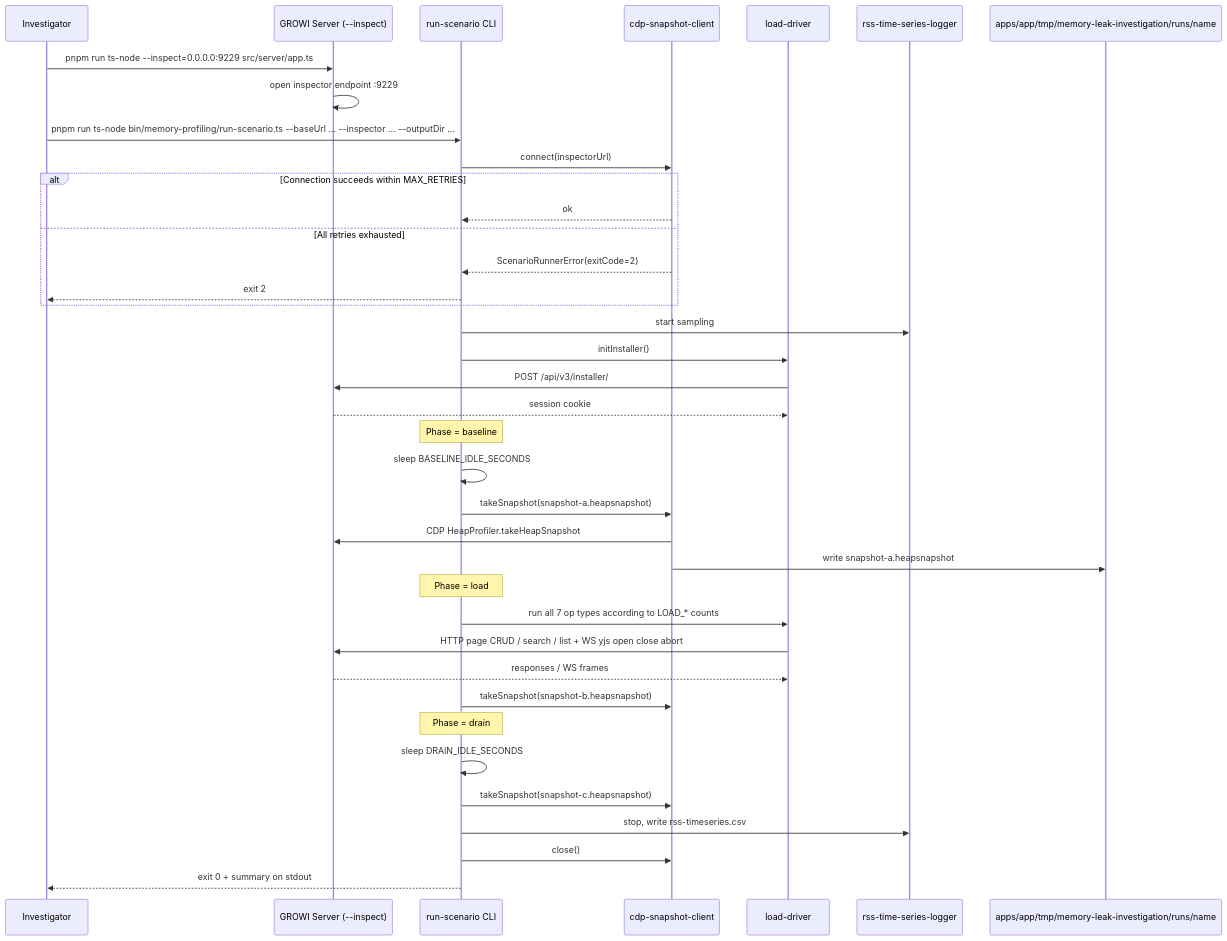
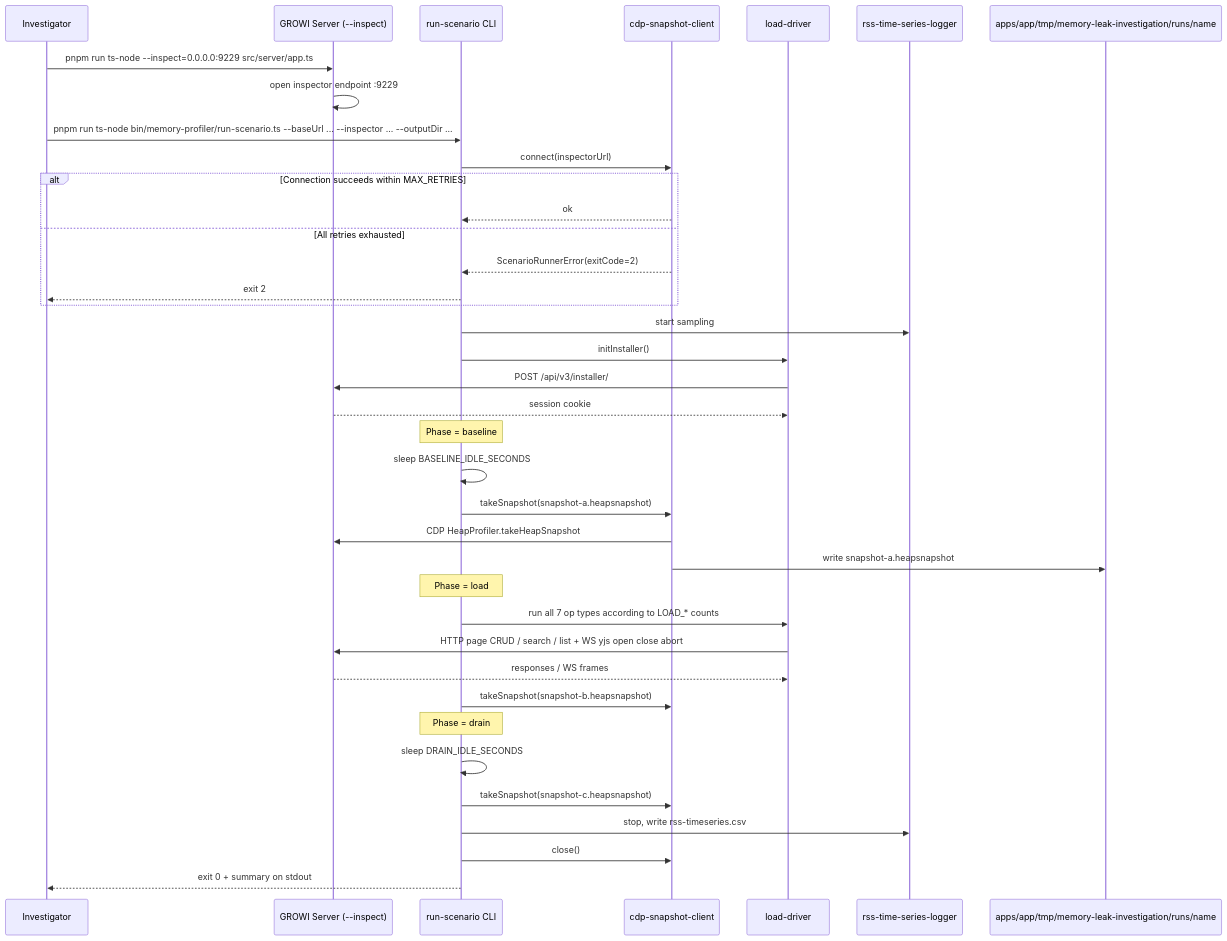
One commit to growilabs/growi changed the second of 2 diagrams in .kiro/specs/memory-profiler/design.md. Above: the diagram before and after it, drawn with Mermaid. The commit also changed other lines of this file and 25 other files, not shown here.

First line of the commit message:
refactor(memory-profiler): rename bin/memory-profiling -> bin/memory-profiler

````diff
--- a/.kiro/specs/memory-profiler/design.md
+++ b/.kiro/specs/memory-profiler/design.md
@@ -242,40 +242,40 @@
 ```mermaid
 sequenceDiagram
     participant Op as Investigator
     participant Server as GROWI Server (--inspect)
     participant Runner as run-scenario CLI
     participant CdpClient as cdp-snapshot-client
     participant LoadDriver as load-driver
     participant RssLogger as rss-time-series-logger
     participant Fs as apps/app/tmp/memory-leak-investigation/runs/name
     Op->>Server: pnpm run ts-node --inspect=0.0.0.0:9229 src/server/app.ts
     Server->>Server: open inspector endpoint :9229
-    Op->>Runner: pnpm run ts-node bin/memory-profiling/run-scenario.ts --baseUrl ... --inspector ... --outputDir ...
+    Op->>Runner: pnpm run ts-node bin/memory-profiler/run-scenario.ts --baseUrl ... --inspector ... --outputDir ...
     Runner->>CdpClient: connect(inspectorUrl)
     alt Connection succeeds within MAX_RETRIES
         CdpClient-->>Runner: ok
     else All retries exhausted
         CdpClient-->>Runner: ScenarioRunnerError(exitCode=2)
         Runner-->>Op: exit 2
     end
     Runner->>RssLogger: start sampling
     Runner->>LoadDriver: initInstaller()
     LoadDriver->>Server: POST /api/v3/installer/
     Server-->>LoadDriver: session cookie
     Note over Runner: Phase = baseline
     Runner->>Runner: sleep BASELINE_IDLE_SECONDS
     Runner->>CdpClient: takeSnapshot(snapshot-a.heapsnapshot)
     CdpClient->>Server: CDP HeapProfiler.takeHeapSnapshot
     CdpClient->>Fs: write snapshot-a.heapsnapshot
     Note over Runner: Phase = load
     Runner->>LoadDriver: run all 7 op types according to LOAD_* counts
     LoadDriver->>Server: HTTP page CRUD / search / list + WS yjs open close abort
     Server-->>LoadDriver: responses / WS frames
     Runner->>CdpClient: takeSnapshot(snapshot-b.heapsnapshot)
     Note over Runner: Phase = drain
     Runner->>Runner: sleep DRAIN_IDLE_SECONDS
     Runner->>CdpClient: takeSnapshot(snapshot-c.heapsnapshot)
     Runner->>RssLogger: stop, write rss-timeseries.csv
     Runner->>CdpClient: close()
     Runner-->>Op: exit 0 + summary on stdout
 ```
````
